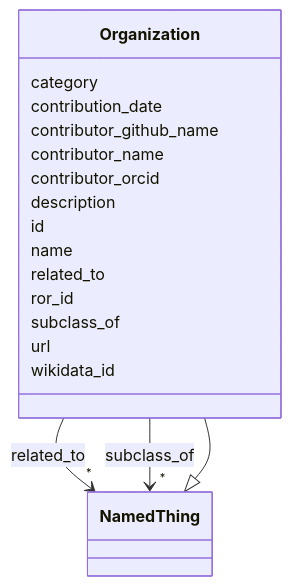
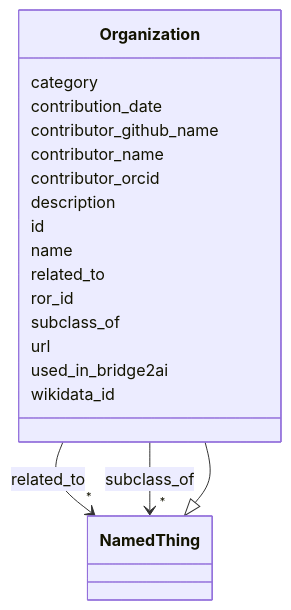
One commit to bridge2ai/standards-schemas changed the diagram in docs/Organization.md. Above: the diagram before and after it, drawn with Mermaid. The commit also changed other lines of this file and 44 other files, not shown here.

````diff
--- a/docs/Organization.md
+++ b/docs/Organization.md
@@ -19,49 +19,51 @@
 ```mermaid
  classDiagram
     class Organization
     click Organization href "../Organization"
       NamedThing <|-- Organization
         click NamedThing href "../NamedThing"
       
       Organization : category
         
       Organization : contribution_date
         
       Organization : contributor_github_name
         
       Organization : contributor_name
         
       Organization : contributor_orcid
         
       Organization : description
         
       Organization : id
         
       Organization : name
         
       Organization : related_to
         
           
     
     
     Organization --> "*" NamedThing : related_to
     click NamedThing href "../NamedThing"
 
         
       Organization : ror_id
         
       Organization : subclass_of
         
           
     
     
     Organization --> "*" NamedThing : subclass_of
     click NamedThing href "../NamedThing"
 
         
       Organization : url
         
+      Organization : used_in_bridge2ai
+        
       Organization : wikidata_id
         
       
 ```
````
